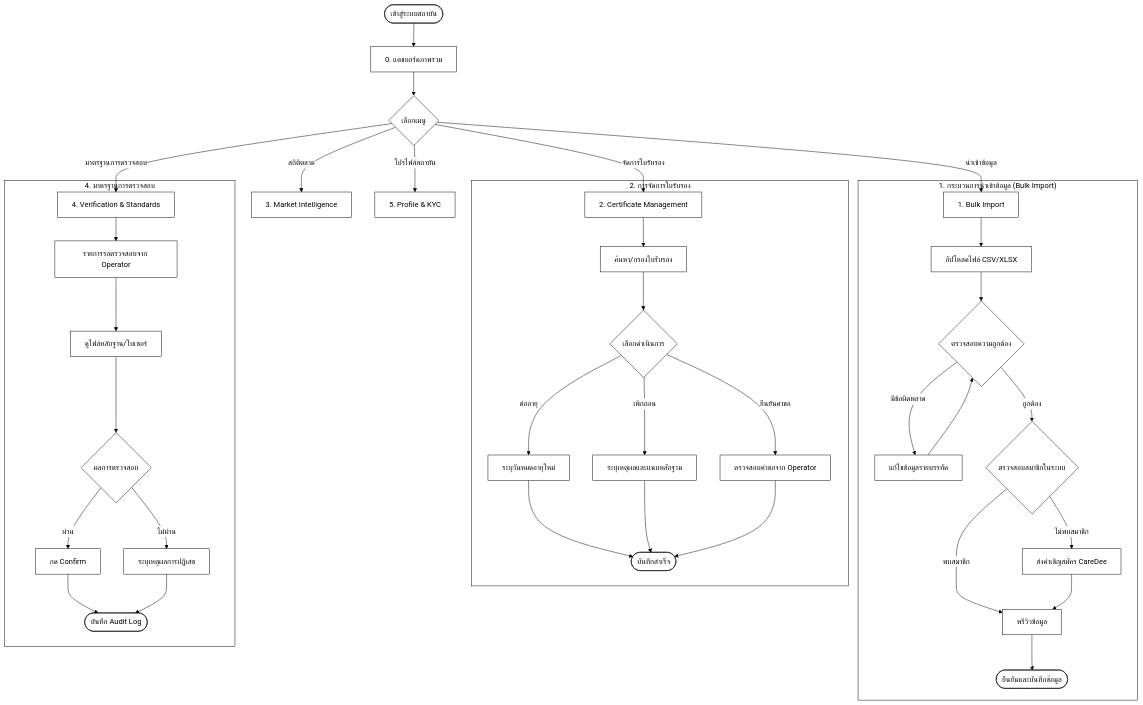
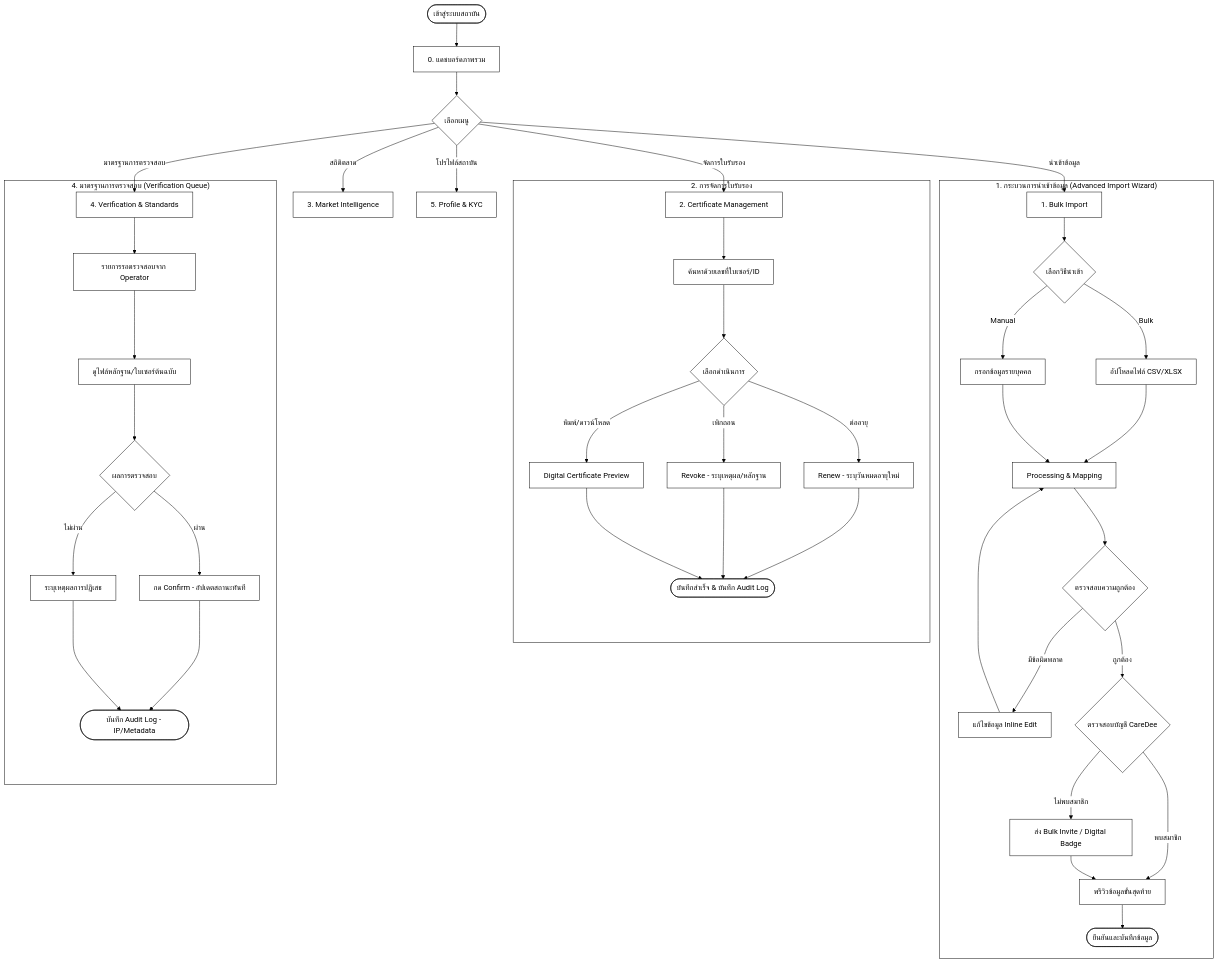
Before and after one commit to warattapobwaiarsa/CareDee_Project_Doc: the diagram in workflow/userflow_training.md, drawn with Mermaid. The commit also changed other lines of this file and 9 other files, not shown here.

````diff
--- a/workflow/userflow_training.md
+++ b/workflow/userflow_training.md
@@ -11,49 +11,53 @@
 ```mermaid
 %%{init: { 'theme': 'base', 'themeVariables': { 'darkMode': false, 'background': '#ffffff', 'mainBkg': '#ffffff', 'clusterBkg': '#ffffff', 'clusterBorder': '#000000', 'lineColor': '#000000', 'primaryColor': '#ffffff', 'primaryTextColor': '#000000', 'primaryBorderColor': '#000000' }, 'themeCSS': 'svg { background-color: white !important; } .node rect, .node circle, .node ellipse, .node polygon, .node path, .cluster rect { fill: white !important; stroke: black !important; stroke-width: 2px !important; } text, tspan { fill: black !important; color: black !important; font-weight: bold !important; } .edgePath .path { stroke: black !important; stroke-width: 2px !important; } .edgeLabel rect { fill: white !important; } .label { color: black !important; }' } }%%
 graph TD
     Start([เข้าสู่ระบบสถาบัน]) --> Dashboard[0. แดชบอร์ดภาพรวม]
     
     Dashboard --> NavImport{เลือกเมนู}
     
     NavImport -- นำเข้าข้อมูล --> Import[1. Bulk Import]
     NavImport -- จัดการใบรับรอง --> CertManage[2. Certificate Management]
     NavImport -- สถิติตลาด --> MarketIntel[3. Market Intelligence]
     NavImport -- มาตรฐานการตรวจสอบ --> VerifyStandard[4. Verification & Standards]
     NavImport -- โปรไฟล์สถาบัน --> Profile[5. Profile & KYC]
 
     %% 1. Import Flow
-    subgraph "1. กระบวนการนำเข้าข้อมูล (Bulk Import)"
-        Import --> Upload[อัปโหลดไฟล์ CSV/XLSX]
-        Upload --> Validate{ตรวจสอบความถูกต้อง}
-        Validate -- มีข้อผิดพลาด --> EditFile[แก้ไขข้อมูลรายบรรทัด]
-        EditFile --> Validate
-        Validate -- ถูกต้อง --> MatchUser{ตรวจสอบสมาชิกในระบบ}
-        MatchUser -- ไม่พบสมาชิก --> Invite[ส่งคำเชิญสมัคร CareDee]
-        MatchUser -- พบสมาชิก --> Preview[พรีวิวข้อมูล]
+    subgraph "1. กระบวนการนำเข้าข้อมูล (Advanced Import Wizard)"
+        Import --> Choice{เลือกวิธีนำเข้า}
+        Choice -- Bulk --> Upload[อัปโหลดไฟล์ CSV/XLSX]
+        Choice -- Manual --> ManualInput[กรอกข้อมูลรายบุคคล]
+        Upload --> Processing[Processing & Mapping]
+        ManualInput --> Processing
+        Processing --> Validate{ตรวจสอบความถูกต้อง}
+        Validate -- มีข้อผิดพลาด --> EditFile[แก้ไขข้อมูล Inline Edit]
+        EditFile --> Processing
+        Validate -- ถูกต้อง --> MatchUser{ตรวจสอบบัญชี CareDee}
+        MatchUser -- ไม่พบสมาชิก --> Invite[ส่ง Bulk Invite / Digital Badge]
+        MatchUser -- พบสมาชิก --> Preview[พรีวิวข้อมูลขั้นสุดท้าย]
         Invite --> Preview
         Preview --> ConfirmImport([ยืนยันและบันทึกข้อมูล])
     end
 
     %% 2. Cert Management Flow
     subgraph "2. การจัดการใบรับรอง"
-        CertManage --> SearchCert[ค้นหา/กรองใบรับรอง]
+        CertManage --> SearchCert[ค้นหาด้วยเลขที่ใบเซอร์/ID]
         SearchCert --> SelectAction{เลือกดำเนินการ}
-        SelectAction -- ต่ออายุ --> Renew[ระบุวันหมดอายุใหม่]
-        SelectAction -- เพิกถอน --> RevokeModal[ระบุเหตุผลและแนบหลักฐาน]
-        SelectAction -- ยืนยันคำขอ --> ConfirmOp[ตรวจสอบคำขอจาก Operator]
-        Renew --> UpdateSuccess([บันทึกสำเร็จ])
+        SelectAction -- ต่ออายุ --> Renew[Renew - ระบุวันหมดอายุใหม่]
+        SelectAction -- เพิกถอน --> RevokeModal[Revoke - ระบุเหตุผล/หลักฐาน]
+        SelectAction -- พิมพ์/ดาวน์โหลด --> PrintCert[Digital Certificate Preview]
+        Renew --> UpdateSuccess([บันทึกสำเร็จ & บันทึก Audit Log])
         RevokeModal --> UpdateSuccess
-        ConfirmOp --> UpdateSuccess
+        PrintCert --> UpdateSuccess
     end
 
     %% 4. Verification Flow
-    subgraph "4. มาตรฐานการตรวจสอบ"
+    subgraph "4. มาตรฐานการตรวจสอบ (Verification Queue)"
         VerifyStandard --> Queue[รายการรอตรวจสอบจาก Operator]
-        Queue --> ViewEvidence[ดูไฟล์หลักฐาน/ใบเซอร์]
+        Queue --> ViewEvidence[ดูไฟล์หลักฐาน/ใบเซอร์ต้นฉบับ]
         ViewEvidence --> Decision{ผลการตรวจสอบ}
-        Decision -- ผ่าน --> ConfirmVerify[กด Confirm]
+        Decision -- ผ่าน --> ConfirmVerify[กด Confirm - อัปเดตสถานะทันที]
         Decision -- ไม่ผ่าน --> RejectModal[ระบุเหตุผลการปฏิเสธ]
-        ConfirmVerify --> AuditLog([บันทึก Audit Log])
+        ConfirmVerify --> AuditLog([บันทึก Audit Log - IP/Metadata])
         RejectModal --> AuditLog
     end
 ```
````
